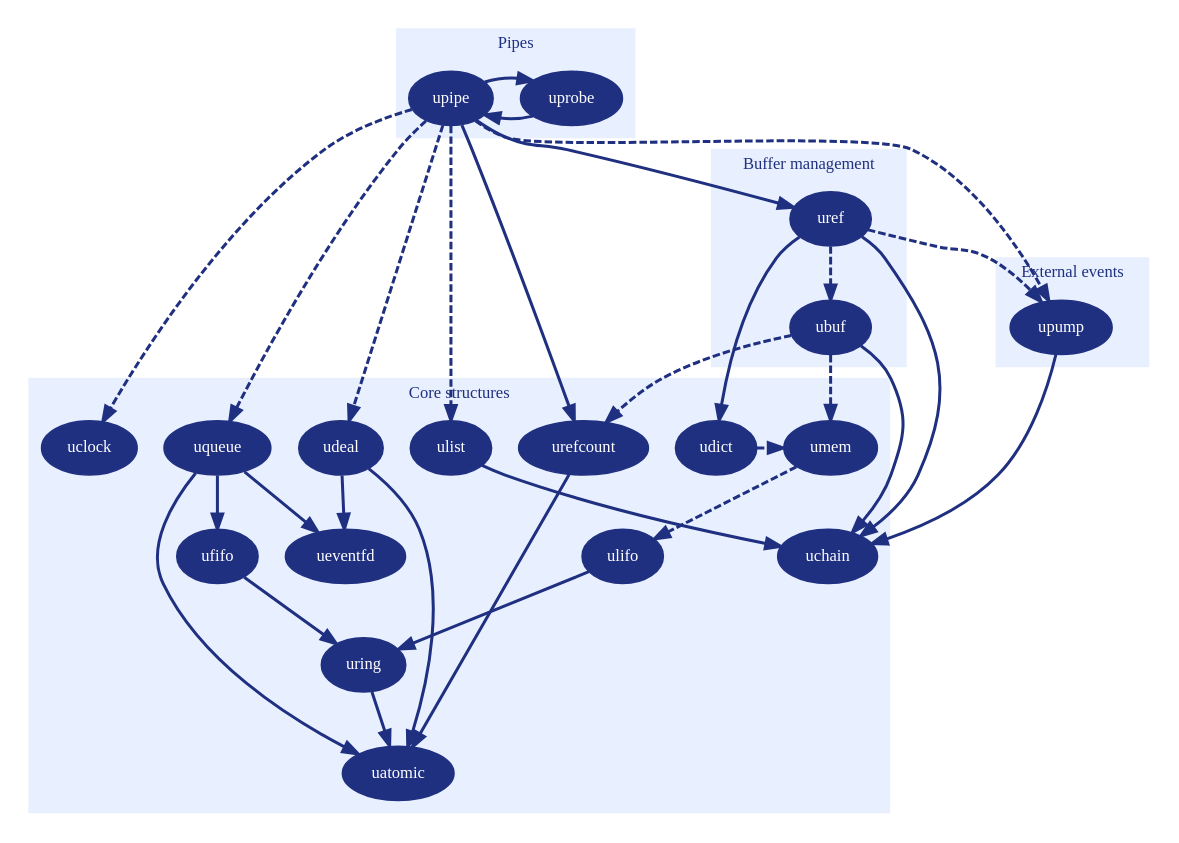
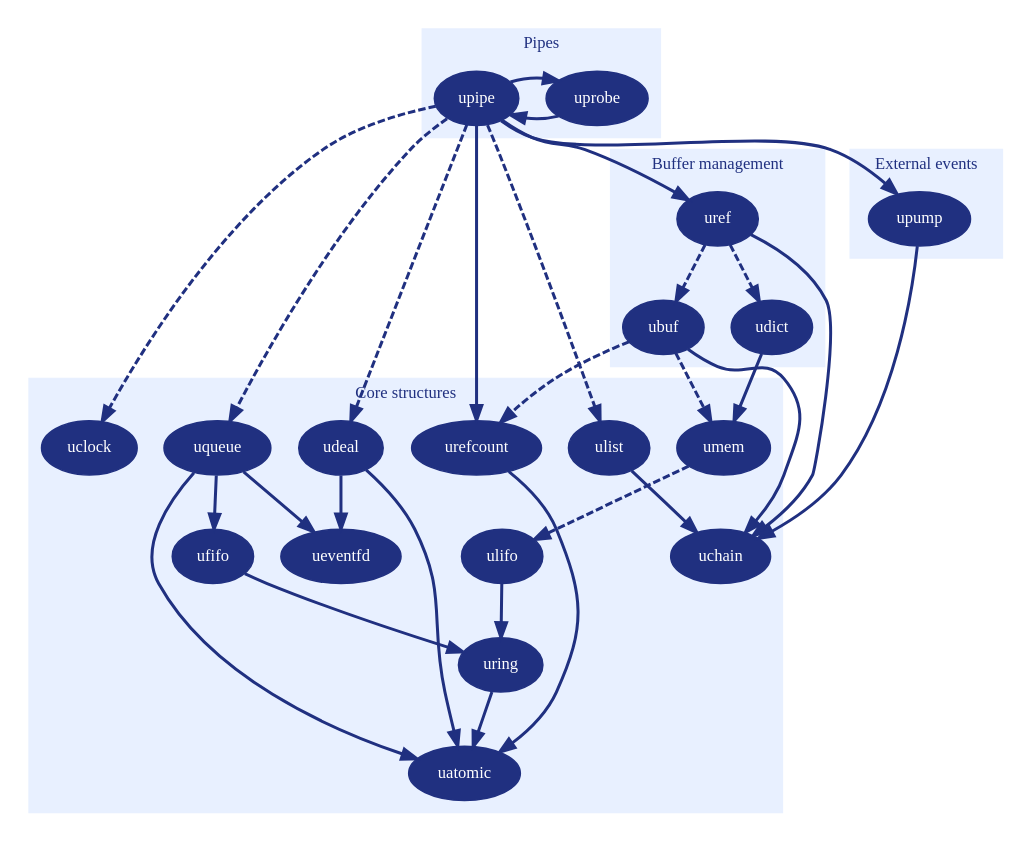
Before and after one commit to Upipe/upipe: the diagram in doc/dependancies.dot, drawn with Graphviz.

Commit message:
update schematic

```diff
--- a/doc/dependancies.dot
+++ b/doc/dependancies.dot
@@ -1,103 +1,102 @@
 digraph "Upipe objects dependancies" {
 	graph [bgcolor="#00000000"];
 	edge [penwidth=2, color="#203080"];
 	node [shape="oval", style="filled", fontname="Verdana Black", fontsize=11, fontcolor="white", color="#203080", fillcolor="#203080"];
 
 	subgraph cluster_pipes {
 		color="#E8F0FF";
 		style="filled";
 		label="Pipes";
 		fontname="Verdana Black";
 		fontsize=11;
 		fontcolor="#203080";
 		subgraph {
 			rank = source;
 			uprobe;
 			upipe;
 		}
 	}
 
 	subgraph cluster_pumps {
 		color="#E8F0FF";
 		style="filled";
 		label="External events";
 		fontname="Verdana Black";
 		fontsize=11;
 		fontcolor="#203080";
 		upump;
 	}
 
 	subgraph cluster_buffers {
 		color="#E8F0FF";
 		style="filled";
 		label="Buffer management";
 		fontname="Verdana Black";
 		fontsize=11;
 		fontcolor="#203080";
 		ubuf;
 		uref;
+		udict;
 	}
 
 	subgraph cluster_core {
 		color="#E8F0FF";
 		style="filled";
 		label="Core structures";
 		fontname="Verdana Black";
 		fontsize=11;
 		fontcolor="#203080";
 		subgraph {
 			rank = same;
 			uclock;
 			ulist;
 			uqueue;
 			urefcount;
-			udict;
 			umem;
 		}
 		uchain;
 		uatomic;
 		uring;
 		ulifo;
 		ufifo;
 		udeal;
 		ueventfd;
 	}
 
 	uref->ubuf [style="dashed"];
-	uref->udict;
-	uref->upump [style="dashed"];
+	uref->udict [style="dashed"];
 	uref->uchain;
 
 	ubuf->uchain;
 	ubuf->umem [style="dashed"];
 	ubuf->urefcount [style="dashed"];
 
-	udict->umem [style="dashed"];
+	udict->umem;
 
 	umem->ulifo [style="dashed"];
 
 	udeal->uatomic;
 	udeal->ueventfd;
 	urefcount->uatomic;
 
 	ufifo->uring;
 	ulifo->uring;
 	uring->uatomic;
 	uqueue->ufifo;
 	uqueue->uatomic;
 	uqueue->ueventfd;
 
 	ulist->uchain;
 
 	uprobe->upipe;
 	upipe->uprobe;
 	upipe->uref;
 	upipe->urefcount;
-	upipe->upump [style="dashed"];
+	upipe->upump;
 	upipe->uclock [style="dashed"];
 	upipe->udeal [style="dashed"];
 	upipe->uqueue [style="dashed"];
 	upipe->ulist [style="dashed"];
 
 	upump->uchain;
 }
```
